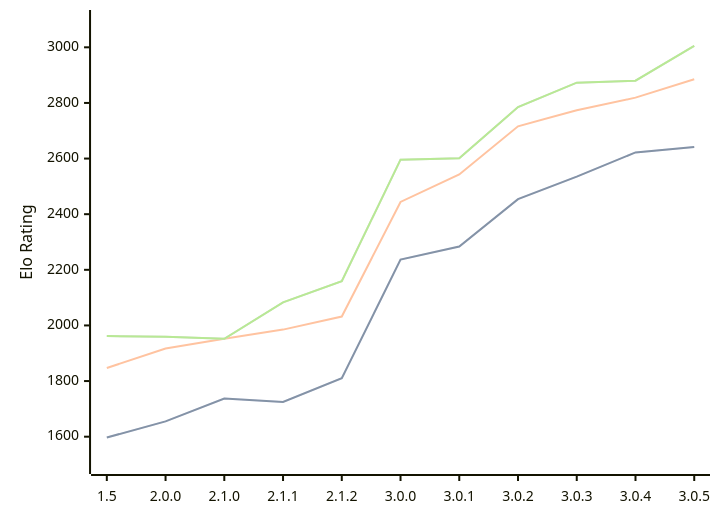
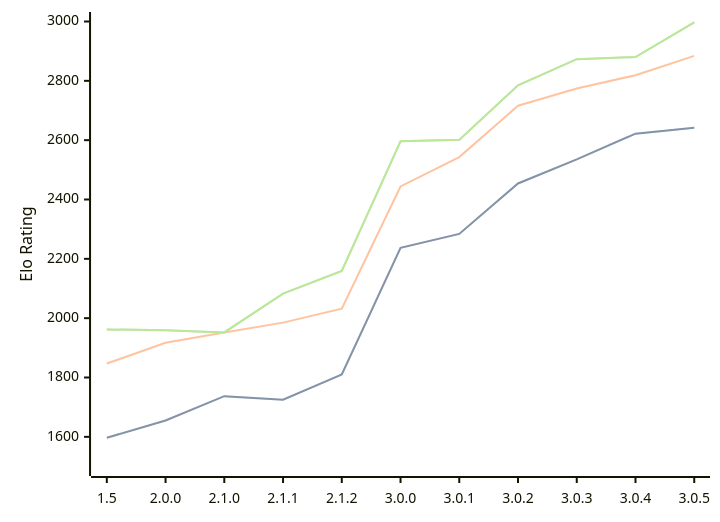
The diagram in engines/Rudim.md (computer-chess-index/cci), drawn with Mermaid before and after one commit. The commit also changed other lines of this file, not shown here.

Commit message:
Update CCI Ratings (ELO VLTC) - 2026-09-01

````diff
--- a/engines/Rudim.md
+++ b/engines/Rudim.md
@@ -45,11 +45,11 @@
 ```mermaid
 %%{init: {"theme":"base","themeVariables":{"seriesColors:['#a3a3a3','#222221','#faa371']}}}%%
 xychart-beta
   x-axis ["1.5", "2.0.0", "2.1.0", "2.1.1", "2.1.2", "3.0.0", "3.0.1", "3.0.2", "3.0.3", "3.0.4", "3.0.5"]
-  y-axis "Elo Rating" 1500 --> 3100
+  y-axis "Elo Rating" 1500 --> 3000
   line "" [1597, 1655, 1737, 1725, 1810, 2237, 2284, 2454, 2535, 2622, 2642]
   line "STC (8.0+0.08s)" [1597, 1655, 1737, 1725, 1810, 2237, 2284, 2454, 2535, 2622, 2642]
-  line "LTC (60.0+0.60s)" [1847, 1917, 1952, 1985, 2032, 2444, 2543, 2716, 2774, 2819, 2885]
-  line "" [1962, 1959, 1952, 2083, 2159, 2596, 2601, 2785, 2873, 2880, 3005]
-  line "VLTC (2m24s+1.12s)" [1962, 1959, 1952, 2083, 2159, 2596, 2601, 2785, 2873, 2880, 3005]
+  line "LTC (60.0+0.60s)" [1847, 1917, 1952, 1985, 2032, 2444, 2543, 2716, 2774, 2819, 2884]
+  line "" [1962, 1959, 1952, 2083, 2159, 2596, 2601, 2785, 2873, 2880, 2997]
+  line "VLTC (2m24s+1.12s)" [1962, 1959, 1952, 2083, 2159, 2596, 2601, 2785, 2873, 2880, 2997]
 ```
````
